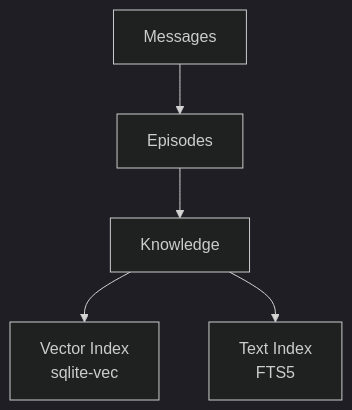
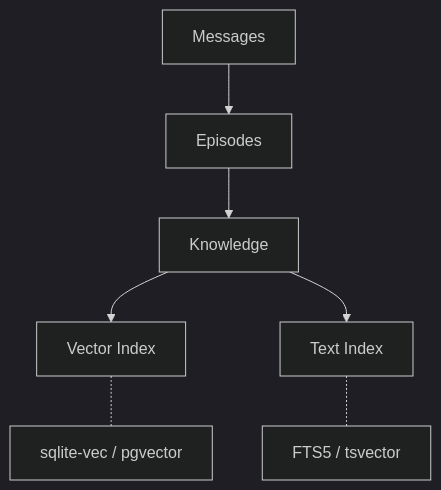
One commit to KimigaiiWuyi/memv changed the diagram in docs/index.md. Above: the diagram before and after it, drawn with Mermaid (dark theme). The commit also changed other lines of this file and 6 other files, not shown here.

````diff
--- a/docs/index.md
+++ b/docs/index.md
@@ -78,7 +78,9 @@
 ```mermaid
 flowchart TD
     M[Messages] --> E[Episodes]
     E --> K[Knowledge]
-    K --> VI[Vector Index<br>sqlite-vec]
-    K --> TI[Text Index<br>FTS5]
+    K --> VI[Vector Index]
+    K --> TI[Text Index]
+    VI -.- S1[sqlite-vec / pgvector]
+    TI -.- S2[FTS5 / tsvector]
 ```
````
